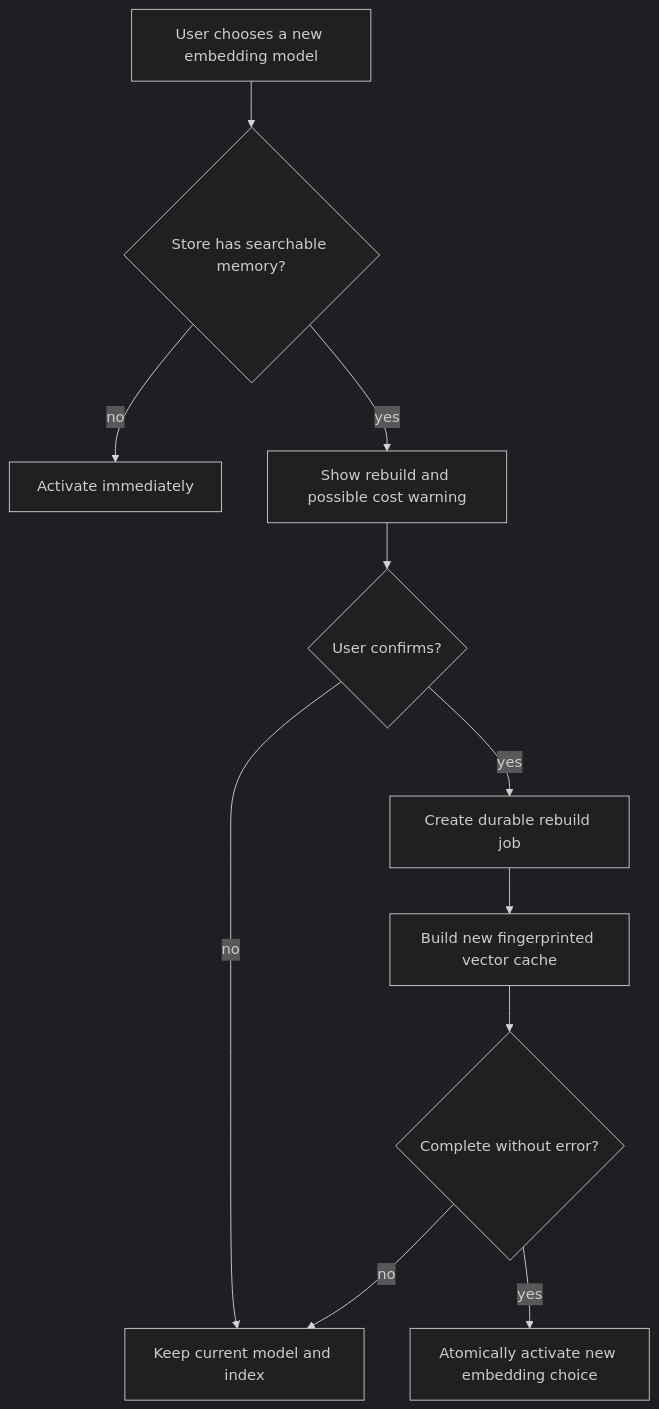
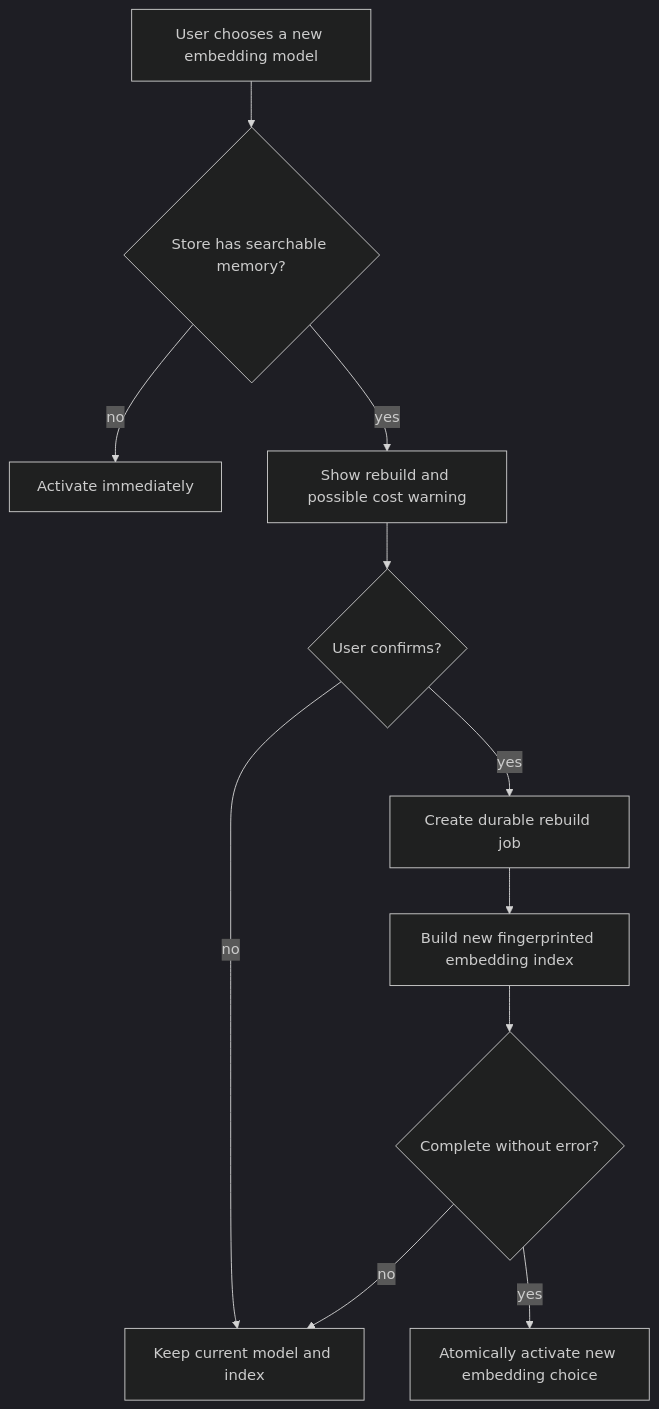
One commit to shanmukh05/trisynapse-memory changed the eighth of 13 diagrams in docs/architecture.md. Above: the diagram before and after it, drawn with Mermaid (dark theme). The commit also changed other lines of this file and 67 other files, not shown here.

````diff
--- a/docs/architecture.md
+++ b/docs/architecture.md
@@ -420,13 +441,13 @@
 ```mermaid
 flowchart TD
     S["User chooses a new embedding model"] --> C{"Store has searchable memory?"}
     C -->|"no"| I["Activate immediately"]
     C -->|"yes"| W["Show rebuild and possible cost warning"]
     W --> Y{"User confirms?"}
     Y -->|"no"| K["Keep current model and index"]
     Y -->|"yes"| J["Create durable rebuild job"]
-    J --> B["Build new fingerprinted vector cache"]
+    J --> B["Build new fingerprinted embedding index"]
     B --> O{"Complete without error?"}
     O -->|"yes"| SW["Atomically activate new embedding choice"]
     O -->|"no"| K
 ```
````
